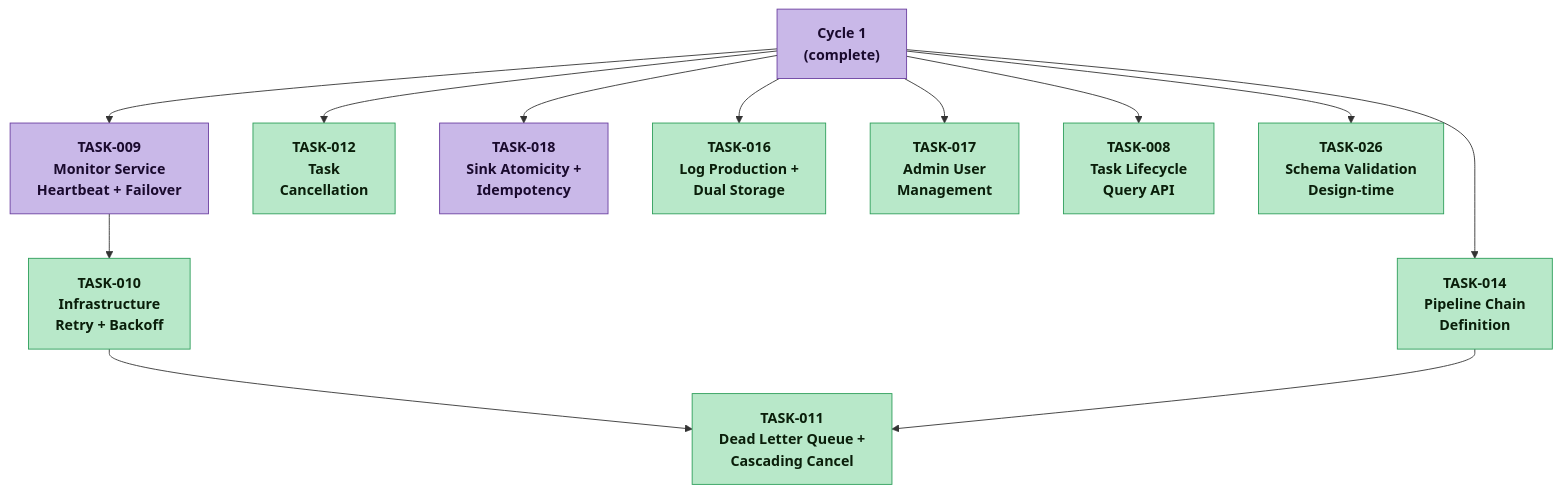
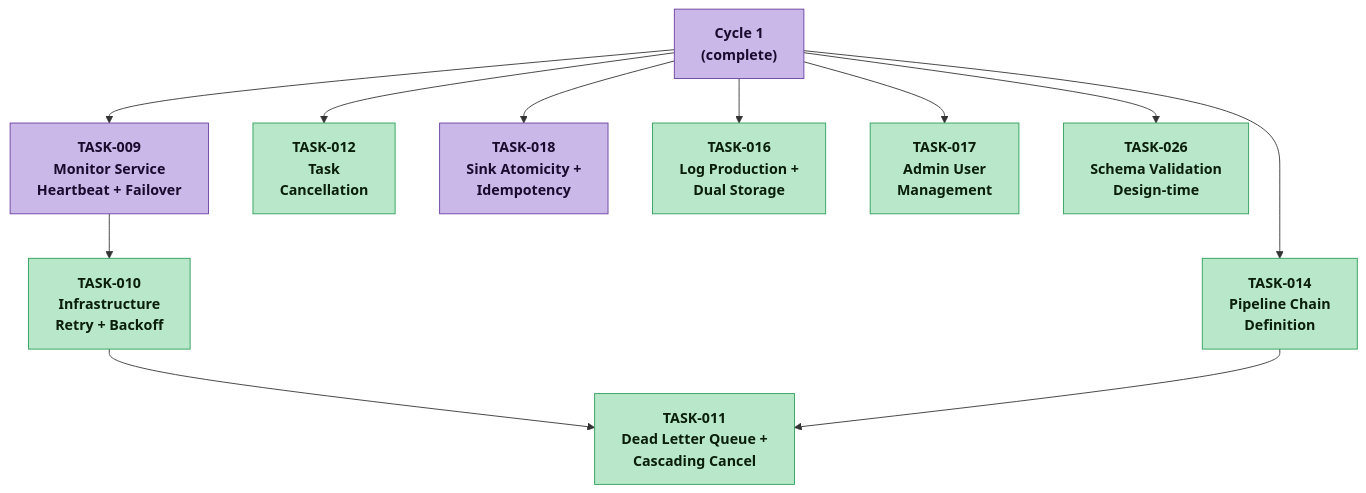
The second of 5 diagrams in process/planner/dependency-graph.md (loskylp/NexusFlow), drawn with Mermaid before and after one commit. The commit also changed other lines of this file and 37 other files, not shown here.

````diff
--- a/process/planner/dependency-graph.md
+++ b/process/planner/dependency-graph.md
@@ -73,31 +79,29 @@
 ```mermaid
 flowchart TD
     classDef backend  fill:#b8e8c9,stroke:#2d9e5a,color:#0a1e0a,font-weight:bold
     classDef p1       fill:#c9b8e8,stroke:#6b3fa0,color:#1a0a2e,font-weight:bold
 
     C1["Cycle 1<br/>(complete)"]:::p1
 
     T009["TASK-009<br/>Monitor Service<br/>Heartbeat + Failover"]:::p1
     T010["TASK-010<br/>Infrastructure<br/>Retry + Backoff"]:::backend
     T011["TASK-011<br/>Dead Letter Queue +<br/>Cascading Cancel"]:::backend
     T012["TASK-012<br/>Task<br/>Cancellation"]:::backend
     T014["TASK-014<br/>Pipeline Chain<br/>Definition"]:::backend
     T018["TASK-018<br/>Sink Atomicity +<br/>Idempotency"]:::p1
     T016["TASK-016<br/>Log Production +<br/>Dual Storage"]:::backend
     T017["TASK-017<br/>Admin User<br/>Management"]:::backend
-    T008["TASK-008<br/>Task Lifecycle<br/>Query API"]:::backend
     T026["TASK-026<br/>Schema Validation<br/>Design-time"]:::backend
 
     C1 --> T009
     C1 --> T012
     C1 --> T014
     C1 --> T018
     C1 --> T016
     C1 --> T017
-    C1 --> T008
     C1 --> T026
 
     T009 --> T010
     T010 --> T011
     T014 --> T011
 ```
````
